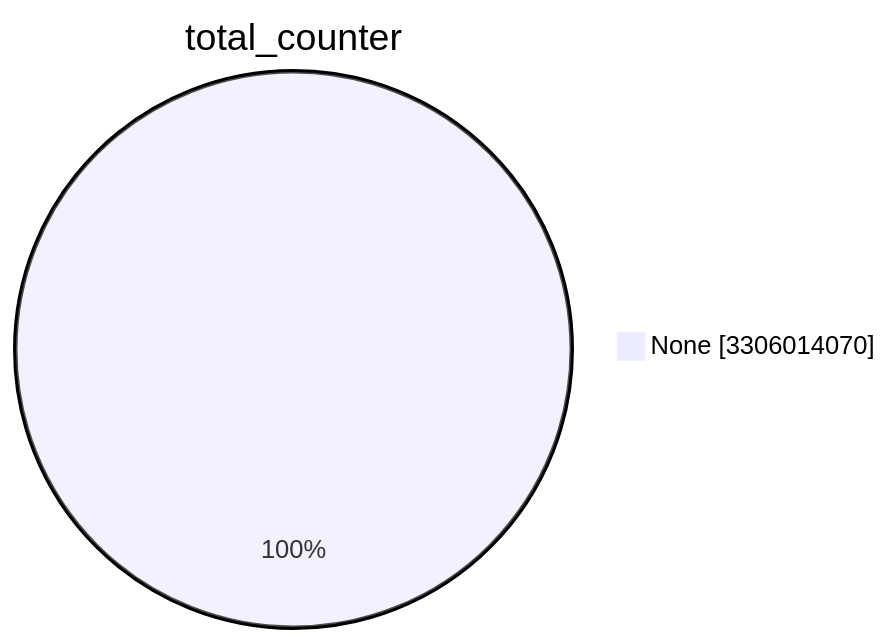
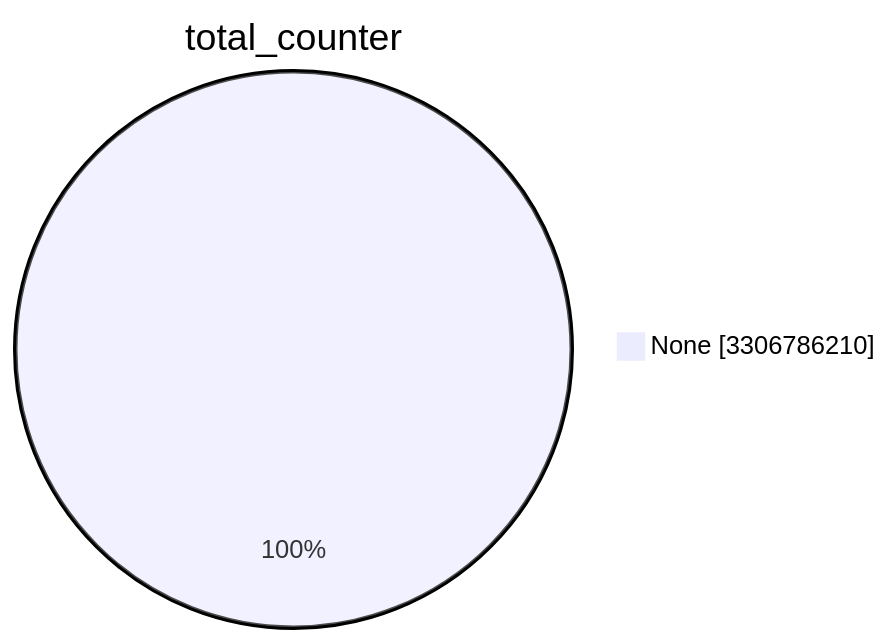
Before and after one commit to christiankrug/ctmonitor_visualization: the first of 15 diagrams in TOTAL/README.md, drawn with Mermaid. The commit also changed other lines of this file, not shown here.

````diff
--- a/TOTAL/README.md
+++ b/TOTAL/README.md
@@ -1,5 +1,5 @@
 ```mermaid
 pie showData
 title total_counter
-"None" :3306014070
+"None" :3306786210
 ```
````
